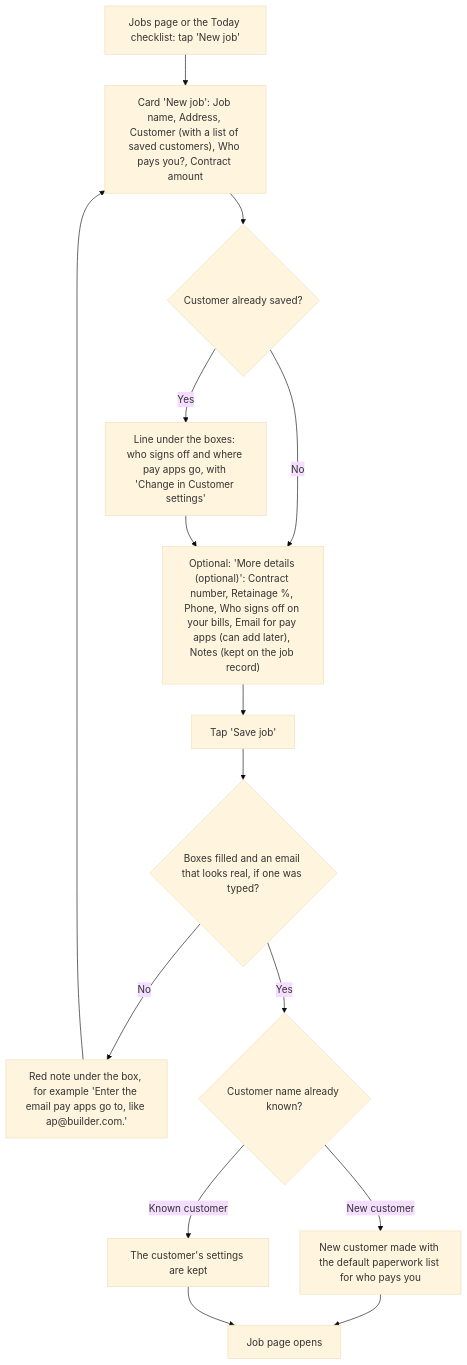
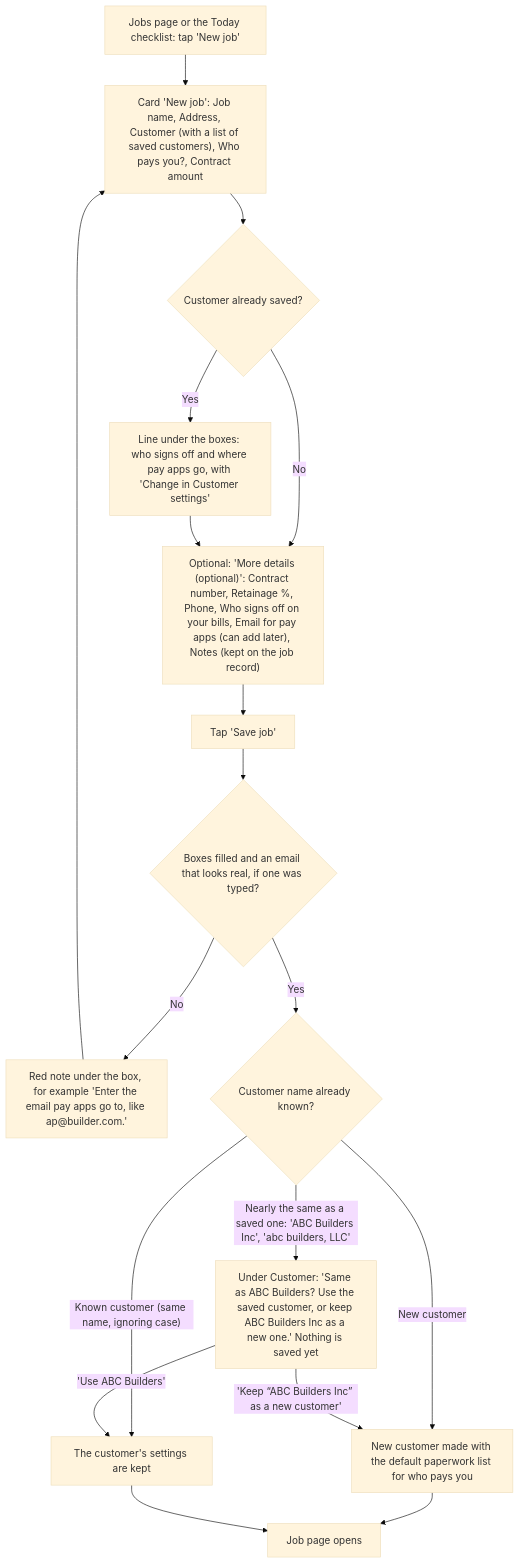
Before and after one commit to cartwrightstephen/billdable: the third of 15 diagrams in docs/client-flows.md, drawn with Mermaid (base theme). The commit also changed other lines of this file and 9 other files, not shown here.

````diff
--- a/docs/client-flows.md
+++ b/docs/client-flows.md
@@ -117,17 +117,20 @@
 ```mermaid
 flowchart TD
     A["Jobs page or the Today checklist: tap 'New job'"] --> B["Card 'New job': Job name, Address, Customer (with a list of saved customers), Who pays you?, Contract amount"]
     B --> C{"Customer already saved?"}
     C -->|"Yes"| C1["Line under the boxes: who signs off and where pay apps go, with 'Change in Customer settings'"]
     C -->|"No"| D
     C1 --> D["Optional: 'More details (optional)': Contract number, Retainage %, Phone, Who signs off on your bills, Email for pay apps (can add later), Notes (kept on the job record)"]
     D --> E["Tap 'Save job'"]
     E --> F{"Boxes filled and an email that looks real, if one was typed?"}
     F -->|"No"| G["Red note under the box, for example 'Enter the email pay apps go to, like ap@builder.com.'"]
     G --> B
     F -->|"Yes"| H{"Customer name already known?"}
     H -->|"New customer"| I["New customer made with the default paperwork list for who pays you"]
-    H -->|"Known customer"| J["The customer's settings are kept"]
+    H -->|"Known customer (same name, ignoring case)"| J["The customer's settings are kept"]
+    H -->|"Nearly the same as a saved one: 'ABC Builders Inc', 'abc builders, LLC'"| N["Under Customer: 'Same as ABC Builders? Use the saved customer, or keep ABC Builders Inc as a new one.' Nothing is saved yet"]
+    N -->|"'Use ABC Builders'"| J
+    N -->|"'Keep “ABC Builders Inc” as a new customer'"| I
     I --> K["Job page opens"]
     J --> K
 ```
````
